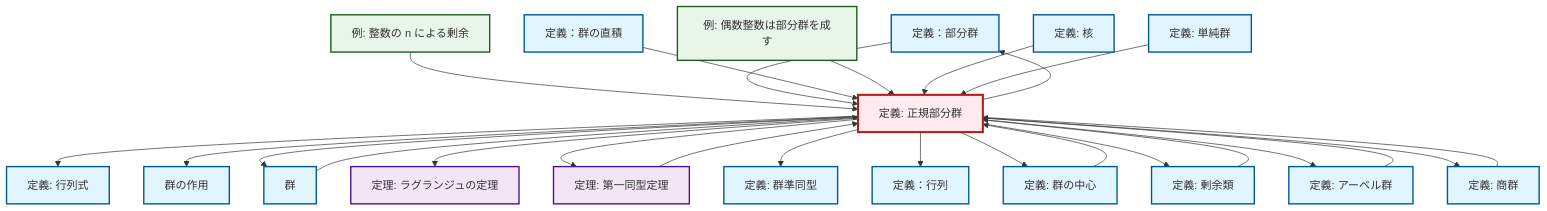
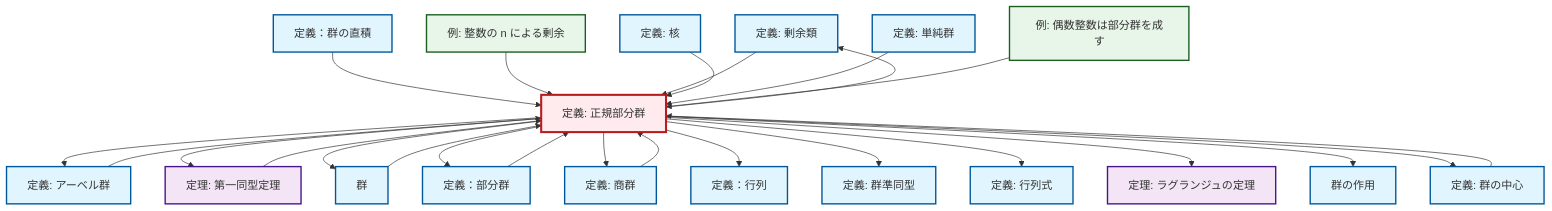
The diagram in content/ja/algebra/def-normal-subgroup.qmd (RK0429/ModernMath), drawn with Mermaid before and after one commit. The commit also changed other lines of this file and 328 other files, not shown here.

````diff
--- a/content/ja/algebra/def-normal-subgroup.qmd
+++ b/content/ja/algebra/def-normal-subgroup.qmd
@@ -97,69 +97,69 @@
 ```{mermaid}
 %%| fig-cap: "ローカル依存関係グラフ"
 graph TD
     classDef definition fill:#e1f5fe,stroke:#01579b,stroke-width:2px
     classDef theorem fill:#f3e5f5,stroke:#4a148c,stroke-width:2px
     classDef axiom fill:#fff3e0,stroke:#e65100,stroke-width:2px
     classDef example fill:#e8f5e9,stroke:#1b5e20,stroke-width:2px
     classDef current fill:#ffebee,stroke:#b71c1c,stroke-width:3px
+    def-coset["定義: 剰余類"]:::definition
+    def-normal-subgroup["定義: 正規部分群"]:::definition
+    def-group-action["群の作用"]:::definition
+    def-kernel["定義: 核"]:::definition
     def-subgroup["定義：部分群"]:::definition
-    def-normal-subgroup["定義: 正規部分群"]:::definition
+    def-simple-group["定義: 単純群"]:::definition
+    def-abelian-group["定義: アーベル群"]:::definition
+    thm-lagrange["定理: ラグランジュの定理"]:::theorem
+    ex-even-integers-subgroup["例: 偶数整数は部分群を成す"]:::example
+    def-direct-product["定義：群の直積"]:::definition
+    ex-quotient-integers-mod-n["例: 整数の n による剰余"]:::example
+    def-group["群"]:::definition
+    def-center-of-group["定義: 群の中心"]:::definition
+    def-homomorphism["定義: 群準同型"]:::definition
+    thm-first-isomorphism["定理: 第一同型定理"]:::theorem
+    def-determinant["定義: 行列式"]:::definition
     def-quotient-group["定義: 商群"]:::definition
-    def-direct-product["定義：群の直積"]:::definition
-    def-determinant["定義: 行列式"]:::definition
-    ex-quotient-integers-mod-n["例: 整数の n による剰余"]:::example
     def-matrix["定義：行列"]:::definition
-    ex-even-integers-subgroup["例: 偶数整数は部分群を成す"]:::example
-    thm-first-isomorphism["定理: 第一同型定理"]:::theorem
-    def-homomorphism["定義: 群準同型"]:::definition
-    thm-lagrange["定理: ラグランジュの定理"]:::theorem
-    def-group["群"]:::definition
-    def-coset["定義: 剰余類"]:::definition
-    def-center-of-group["定義: 群の中心"]:::definition
-    def-simple-group["定義: 単純群"]:::definition
-    def-kernel["定義: 核"]:::definition
-    def-group-action["群の作用"]:::definition
-    def-abelian-group["定義: アーベル群"]:::definition
+    def-normal-subgroup --> def-coset
+    def-normal-subgroup --> def-abelian-group
+    def-direct-product --> def-normal-subgroup
+    def-center-of-group --> def-normal-subgroup
     ex-quotient-integers-mod-n --> def-normal-subgroup
+    def-quotient-group --> def-normal-subgroup
+    thm-first-isomorphism --> def-normal-subgroup
+    def-normal-subgroup --> thm-first-isomorphism
+    def-normal-subgroup --> def-group
+    def-normal-subgroup --> def-subgroup
+    def-normal-subgroup --> def-quotient-group
+    def-normal-subgroup --> def-matrix
+    def-coset --> def-normal-subgroup
+    def-normal-subgroup --> def-homomorphism
     def-normal-subgroup --> def-determinant
+    def-normal-subgroup --> thm-lagrange
+    def-abelian-group --> def-normal-subgroup
     def-normal-subgroup --> def-group-action
-    thm-first-isomorphism --> def-normal-subgroup
+    def-normal-subgroup --> def-center-of-group
+    def-kernel --> def-normal-subgroup
+    def-group --> def-normal-subgroup
+    def-simple-group --> def-normal-subgroup
+    ex-even-integers-subgroup --> def-normal-subgroup
     def-subgroup --> def-normal-subgroup
-    def-normal-subgroup --> def-group
-    def-direct-product --> def-normal-subgroup
-    def-normal-subgroup --> thm-lagrange
-    def-normal-subgroup --> thm-first-isomorphism
-    def-normal-subgroup --> def-homomorphism
-    def-normal-subgroup --> def-subgroup
-    def-abelian-group --> def-normal-subgroup
-    ex-even-integers-subgroup --> def-normal-subgroup
-    def-normal-subgroup --> def-matrix
-    def-normal-subgroup --> def-center-of-group
-    def-group --> def-normal-subgroup
-    def-kernel --> def-normal-subgroup
-    def-normal-subgroup --> def-coset
-    def-quotient-group --> def-normal-subgroup
-    def-normal-subgroup --> def-abelian-group
-    def-normal-subgroup --> def-quotient-group
-    def-simple-group --> def-normal-subgroup
-    def-center-of-group --> def-normal-subgroup
-    def-coset --> def-normal-subgroup
     class def-normal-subgroup current
+    click def-coset "def-coset.html" "剰余類の定義へ"
+    click def-group-action "def-group-action.html" "群の作用へ"
+    click def-kernel "def-kernel.html" "核の定義へ"
     click def-subgroup "def-subgroup.html" "定義：部分群へ"
+    click def-simple-group "def-simple-group.html" "単純群の定義へ"
+    click def-abelian-group "def-abelian-group.html" "アーベル群の定義へ"
+    click thm-lagrange "thm-lagrange.html" "ラグランジュの定理の定理へ"
+    click ex-even-integers-subgroup "ex-even-integers-subgroup.html" "偶数整数は部分群を成すの例へ"
+    click def-direct-product "def-direct-product.html" "定義：群の直積へ"
+    click ex-quotient-integers-mod-n "ex-quotient-integers-mod-n.html" "整数の n による剰余の例へ"
+    click def-group "def-group.html" "群へ"
+    click def-center-of-group "def-center-of-group.html" "群の中心の定義へ"
+    click def-homomorphism "def-homomorphism.html" "群準同型の定義へ"
+    click thm-first-isomorphism "thm-first-isomorphism.html" "第一同型定理の定理へ"
+    click def-determinant "def-determinant.html" "行列式の定義へ"
     click def-quotient-group "def-quotient-group.html" "商群の定義へ"
-    click def-direct-product "def-direct-product.html" "定義：群の直積へ"
-    click def-determinant "def-determinant.html" "行列式の定義へ"
-    click ex-quotient-integers-mod-n "ex-quotient-integers-mod-n.html" "整数の n による剰余の例へ"
     click def-matrix "def-matrix.html" "定義：行列へ"
-    click ex-even-integers-subgroup "ex-even-integers-subgroup.html" "偶数整数は部分群を成すの例へ"
-    click thm-first-isomorphism "thm-first-isomorphism.html" "第一同型定理の定理へ"
-    click def-homomorphism "def-homomorphism.html" "群準同型の定義へ"
-    click thm-lagrange "thm-lagrange.html" "ラグランジュの定理の定理へ"
-    click def-group "def-group.html" "群へ"
-    click def-coset "def-coset.html" "剰余類の定義へ"
-    click def-center-of-group "def-center-of-group.html" "群の中心の定義へ"
-    click def-simple-group "def-simple-group.html" "単純群の定義へ"
-    click def-kernel "def-kernel.html" "核の定義へ"
-    click def-group-action "def-group-action.html" "群の作用へ"
-    click def-abelian-group "def-abelian-group.html" "アーベル群の定義へ"
 ```
````
